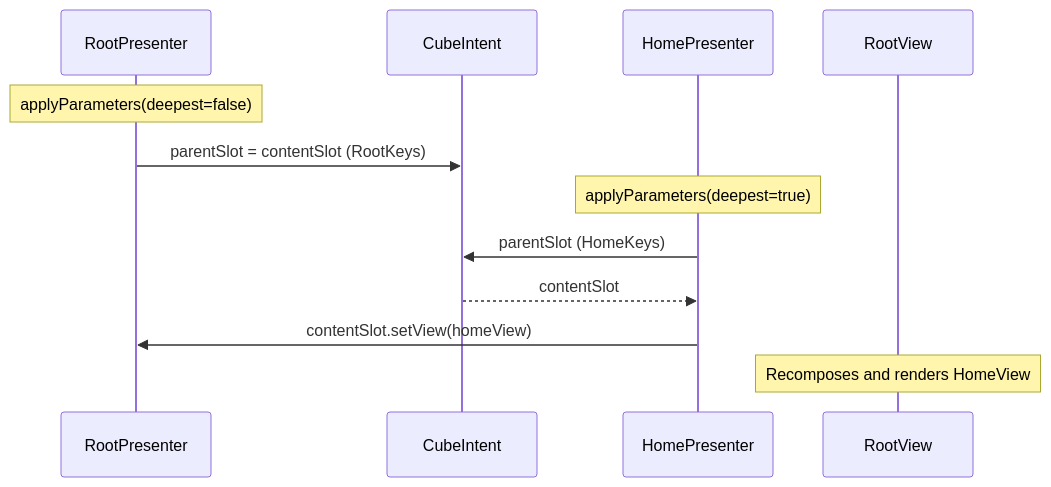
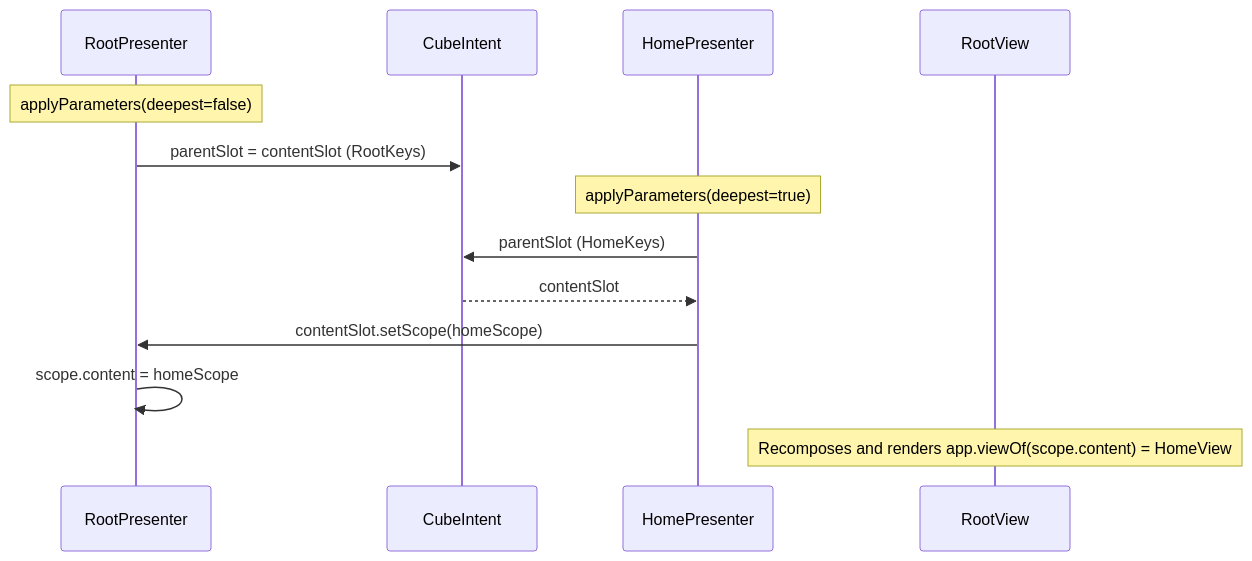
One commit to mrcdom/wdc-cube-kotlin changed the seventh of 10 diagrams in docs/architecture.md. Above: the diagram before and after it, drawn with Mermaid. The commit also changed other lines of this file and 14 other files, not shown here.

````diff
--- a/docs/architecture.md
+++ b/docs/architecture.md
@@ -355,16 +363,17 @@
 ```mermaid
 sequenceDiagram
     participant Root as RootPresenter
     participant Intent as CubeIntent
     participant Home as HomePresenter
     participant RootView as RootView
 
     Note over Root: applyParameters(deepest=false)
     Root->>Intent: parentSlot = contentSlot (RootKeys)
 
     Note over Home: applyParameters(deepest=true)
     Home->>Intent: parentSlot (HomeKeys)
     Intent-->>Home: contentSlot
-    Home->>Root: contentSlot.setView(homeView)
-    Note over RootView: Recomposes and renders HomeView
+    Home->>Root: contentSlot.setScope(homeScope)
+    Root->>Root: scope.content = homeScope
+    Note over RootView: Recomposes and renders app.viewOf(scope.content) = HomeView
 ```
````
